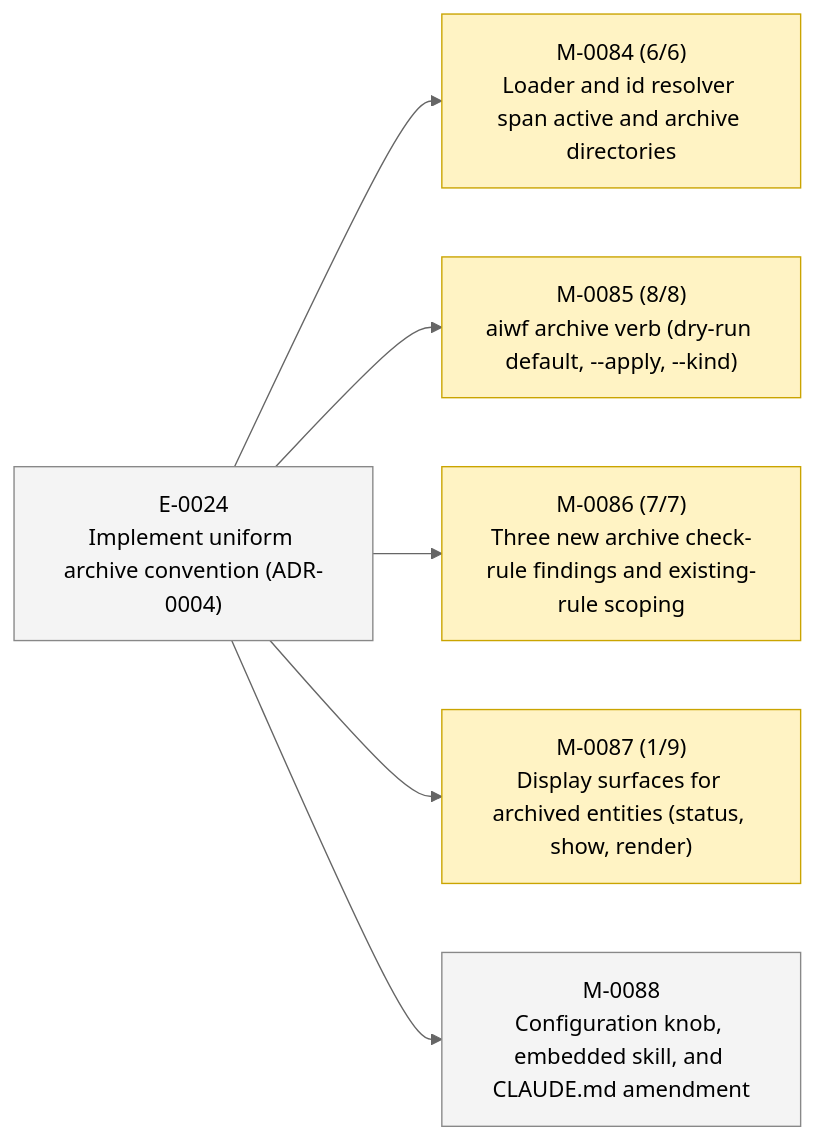
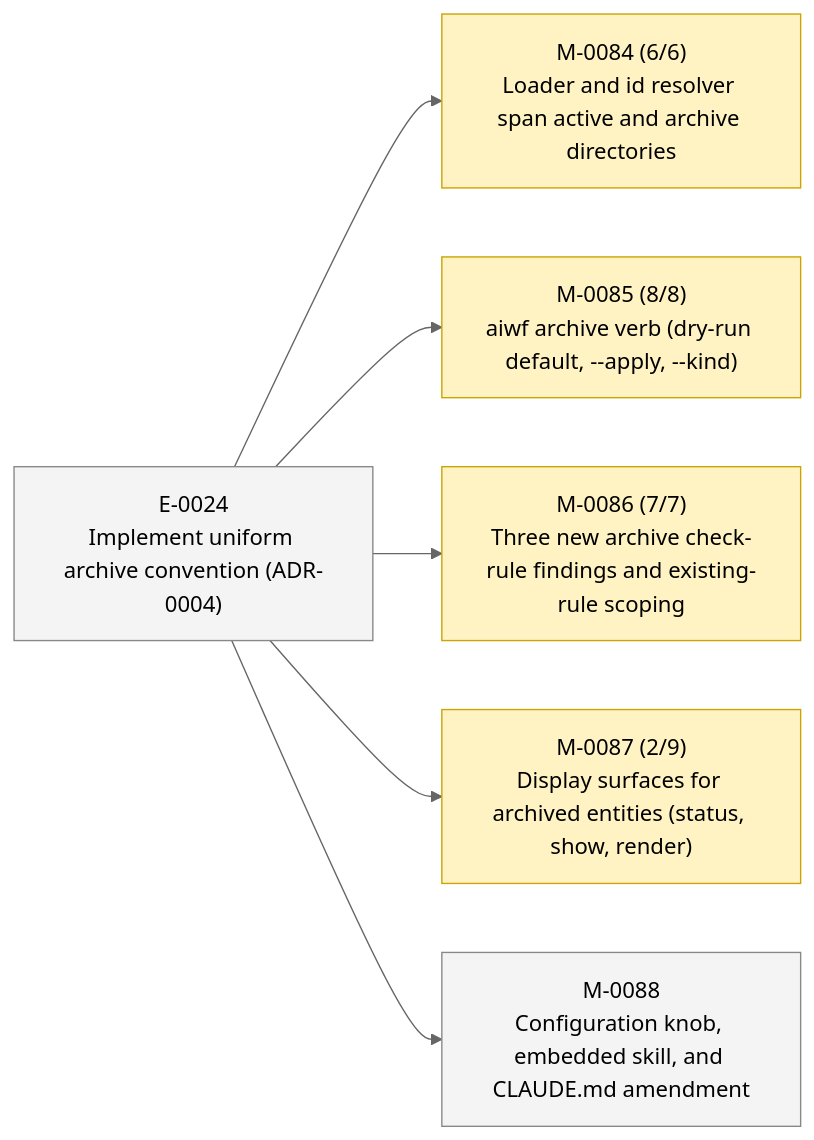
One commit to 23min/aiwf changed the second of 2 diagrams in STATUS.md. Above: the diagram before and after it, drawn with Mermaid (neutral theme). The commit also changed other lines of this file and 1 other file, not shown here.

````diff
--- a/STATUS.md
+++ b/STATUS.md
@@ -49,20 +49,20 @@
 ```mermaid
 flowchart LR
   E_0024["E-0024<br/>Implement uniform archive convention (ADR-0004)"]:::epic_proposed
   M_0084["M-0084 (6/6)<br/>Loader and id resolver span active and archive directories"]:::ms_in_progress
   E_0024 --> M_0084
   M_0085["M-0085 (8/8)<br/>aiwf archive verb (dry-run default, --apply, --kind)"]:::ms_in_progress
   E_0024 --> M_0085
   M_0086["M-0086 (7/7)<br/>Three new archive check-rule findings and existing-rule scoping"]:::ms_in_progress
   E_0024 --> M_0086
-  M_0087["M-0087 (1/9)<br/>Display surfaces for archived entities (status, show, render)"]:::ms_in_progress
+  M_0087["M-0087 (2/9)<br/>Display surfaces for archived entities (status, show, render)"]:::ms_in_progress
   E_0024 --> M_0087
   M_0088["M-0088<br/>Configuration knob, embedded skill, and CLAUDE.md amendment"]:::ms_draft
   E_0024 --> M_0088
   classDef epic_active fill:#d6eaff,stroke:#1a73e8,color:#000
   classDef epic_proposed fill:#f4f4f4,stroke:#888,color:#000
   classDef ms_done fill:#d8f5d8,stroke:#2a8a2a,color:#000
   classDef ms_in_progress fill:#fff3c4,stroke:#caa400,color:#000
   classDef ms_draft fill:#f4f4f4,stroke:#888,color:#000
   classDef ms_cancelled fill:#fbeaea,stroke:#c33,color:#000
 ```
````
